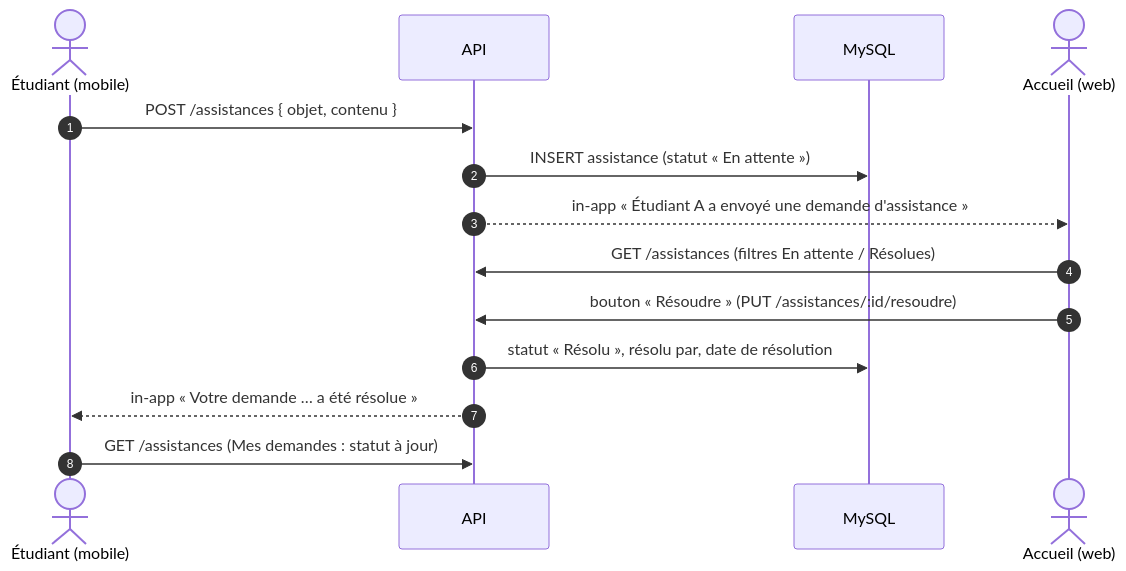
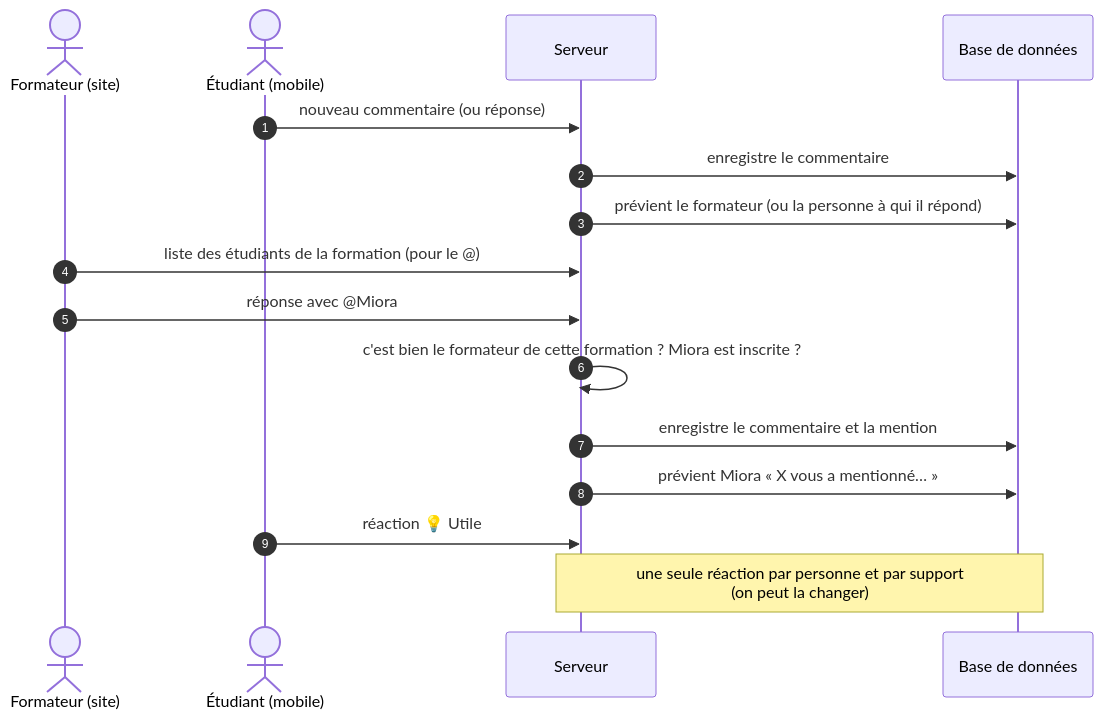
One commit to eliaTolojanahary/gestionFormation_stage changed diagram 17 of 23 in FLUX-APPLICATION.md. Above: the diagram before and after it, drawn with Mermaid. The commit also changed other lines of this file and 69 other files, not shown here.

````diff
--- a/FLUX-APPLICATION.md
+++ b/FLUX-APPLICATION.md
@@ -1045,17 +1485,19 @@
 ```mermaid
 sequenceDiagram
     autonumber
+    actor F as Formateur (site)
     actor E as Étudiant (mobile)
-    participant API
-    participant DB as MySQL
-    actor A as Accueil (web)
+    participant API as Serveur
+    participant DB as Base de données
 
-    E->>API: POST /assistances { objet, contenu }
-    API->>DB: INSERT assistance (statut « En attente »)
-    API-->>A: in-app « Étudiant A a envoyé une demande d'assistance »
-    A->>API: GET /assistances (filtres En attente / Résolues)
-    A->>API: bouton « Résoudre » (PUT /assistances/:id/resoudre)
-    API->>DB: statut « Résolu », résolu par, date de résolution
-    API-->>E: in-app « Votre demande … a été résolue »
-    E->>API: GET /assistances (Mes demandes : statut à jour)
+    E->>API: nouveau commentaire (ou réponse)
+    API->>DB: enregistre le commentaire
+    API->>DB: prévient le formateur (ou la personne à qui il répond)
+    F->>API: liste des étudiants de la formation (pour le @)
+    F->>API: réponse avec @Miora
+    API->>API: c'est bien le formateur de cette formation ? Miora est inscrite ?
+    API->>DB: enregistre le commentaire et la mention
+    API->>DB: prévient Miora « X vous a mentionné… »
+    E->>API: réaction 💡 Utile
+    Note over API,DB: une seule réaction par personne et par support<br/>(on peut la changer)
 ```
````
